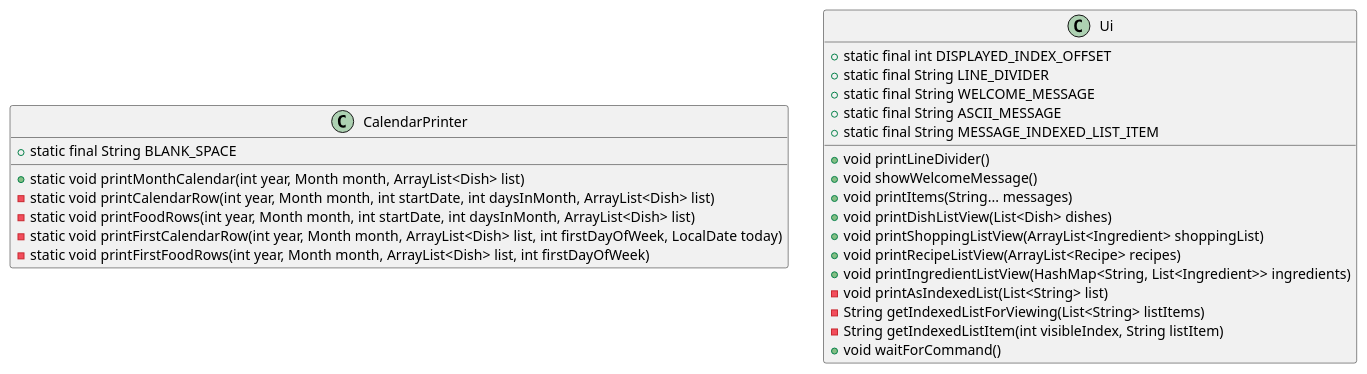
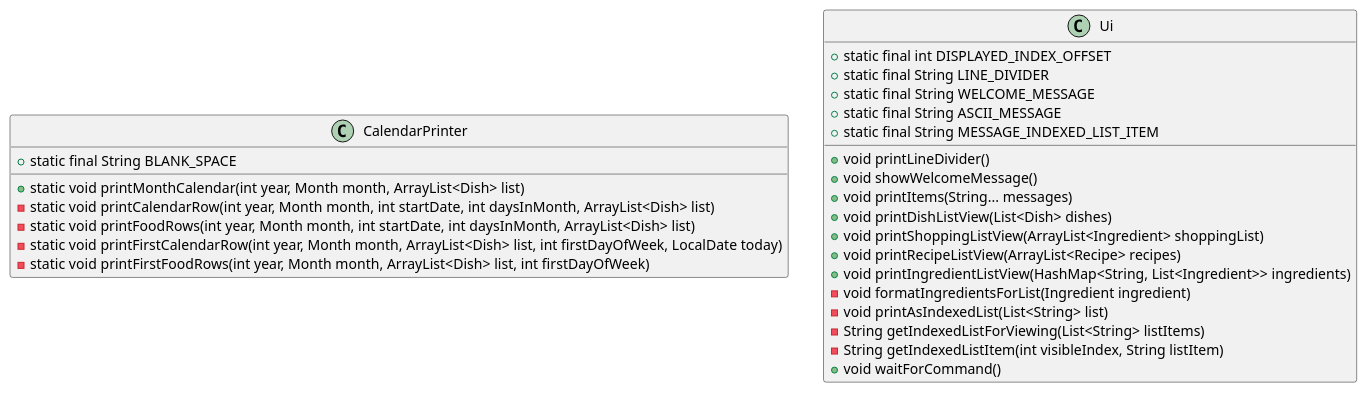
Before and after one commit to whalesyong/tp: the diagram in src/main/java/seedu/cookingaids/diagrams/UIandCalendar.puml, drawn with PlantUML. The commit also changed 1 other file, not shown here.

Commit message:
edit UI and calendar uml

```diff
--- a/src/main/java/seedu/cookingaids/diagrams/UIandCalendar.puml
+++ b/src/main/java/seedu/cookingaids/diagrams/UIandCalendar.puml
@@ -1,33 +1,34 @@
 @startuml
 class CalendarPrinter {
     + static final String BLANK_SPACE
     + static void printMonthCalendar(int year, Month month, ArrayList<Dish> list)
     - static void printCalendarRow(int year, Month month, int startDate, int daysInMonth, ArrayList<Dish> list)
     - static void printFoodRows(int year, Month month, int startDate, int daysInMonth, ArrayList<Dish> list)
     - static void printFirstCalendarRow(int year, Month month, ArrayList<Dish> list, int firstDayOfWeek, LocalDate today)
     - static void printFirstFoodRows(int year, Month month, ArrayList<Dish> list, int firstDayOfWeek)
 }
 
 
 
 
 
 class Ui {
     + static final int DISPLAYED_INDEX_OFFSET
     + static final String LINE_DIVIDER
     + static final String WELCOME_MESSAGE
     + static final String ASCII_MESSAGE
     + static final String MESSAGE_INDEXED_LIST_ITEM
     + void printLineDivider()
     + void showWelcomeMessage()
     + void printItems(String... messages)
     + void printDishListView(List<Dish> dishes)
     + void printShoppingListView(ArrayList<Ingredient> shoppingList)
     + void printRecipeListView(ArrayList<Recipe> recipes)
     + void printIngredientListView(HashMap<String, List<Ingredient>> ingredients)
+    - void formatIngredientsForList(Ingredient ingredient)
     - void printAsIndexedList(List<String> list)
     - String getIndexedListForViewing(List<String> listItems)
     - String getIndexedListItem(int visibleIndex, String listItem)
     + void waitForCommand()
 }
 @enduml
```
